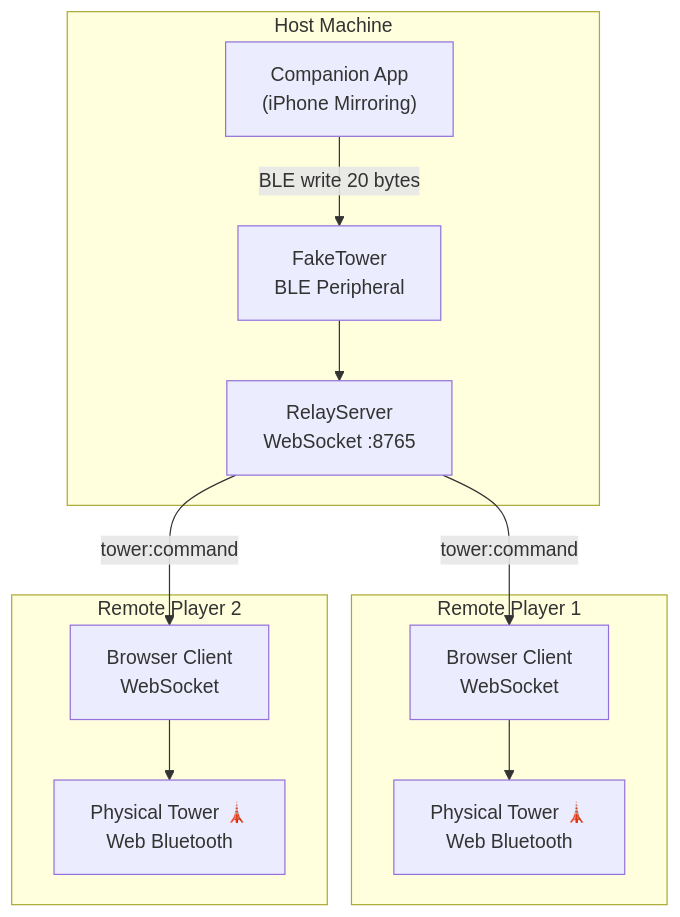
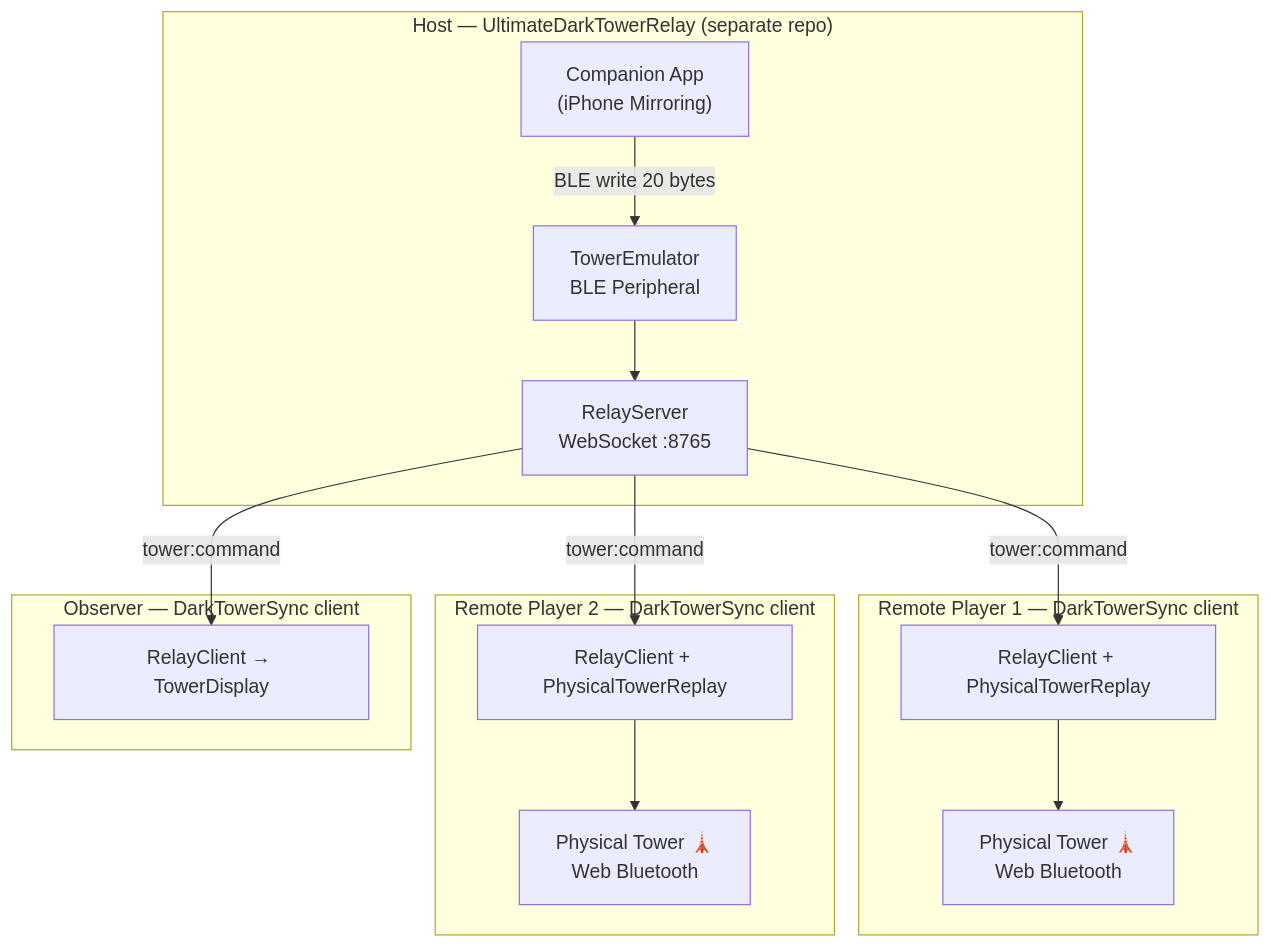
The diagram in docs/history/sync/README.md (ChessMess/UltimateDarkTower), drawn with Mermaid before and after one commit. The commit also changed other lines of this file and 66 other files, not shown here.

First line of the commit message:
feat: cut over to published relay/display; finish client-only restructure

````diff
--- a/docs/history/sync/README.md
+++ b/docs/history/sync/README.md
@@ -39,25 +43,30 @@
 ```mermaid
 flowchart TD
-    subgraph HOST["Host Machine"]
+    subgraph HOST["Host — UltimateDarkTowerRelay (separate repo)"]
         APP["Companion App\n(iPhone Mirroring)"]
-        FAKE["FakeTower\nBLE Peripheral"]
+        EMU["TowerEmulator\nBLE Peripheral"]
         RELAY["RelayServer\nWebSocket :8765"]
-        APP -->|"BLE write 20 bytes"| FAKE
-        FAKE --> RELAY
+        APP -->|"BLE write 20 bytes"| EMU
+        EMU --> RELAY
     end
 
-    subgraph C1["Remote Player 1"]
-        WS1["Browser Client\nWebSocket"]
+    subgraph C1["Remote Player 1 — DarkTowerSync client"]
+        WS1["RelayClient + PhysicalTowerReplay"]
         T1["Physical Tower 🗼\nWeb Bluetooth"]
         WS1 --> T1
     end
 
-    subgraph C2["Remote Player 2"]
-        WS2["Browser Client\nWebSocket"]
+    subgraph C2["Remote Player 2 — DarkTowerSync client"]
+        WS2["RelayClient + PhysicalTowerReplay"]
         T2["Physical Tower 🗼\nWeb Bluetooth"]
         WS2 --> T2
     end
 
+    subgraph OBS["Observer — DarkTowerSync client"]
+        WS3["RelayClient → TowerDisplay"]
+    end
+
     RELAY -->|tower:command| WS1
     RELAY -->|tower:command| WS2
+    RELAY -->|tower:command| WS3
 ```
````
